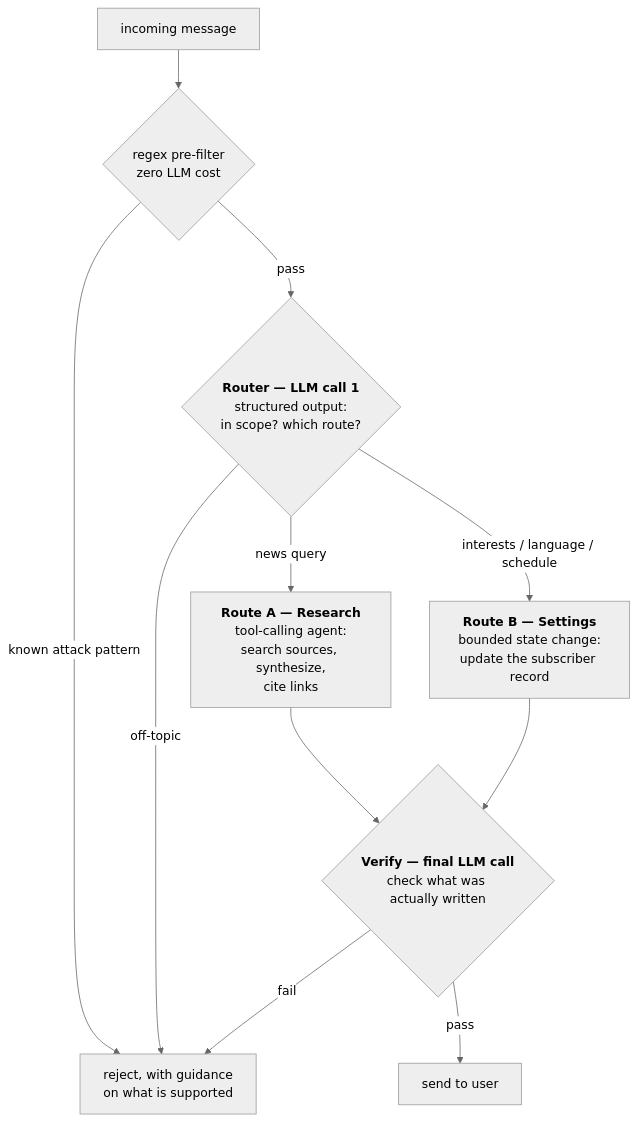
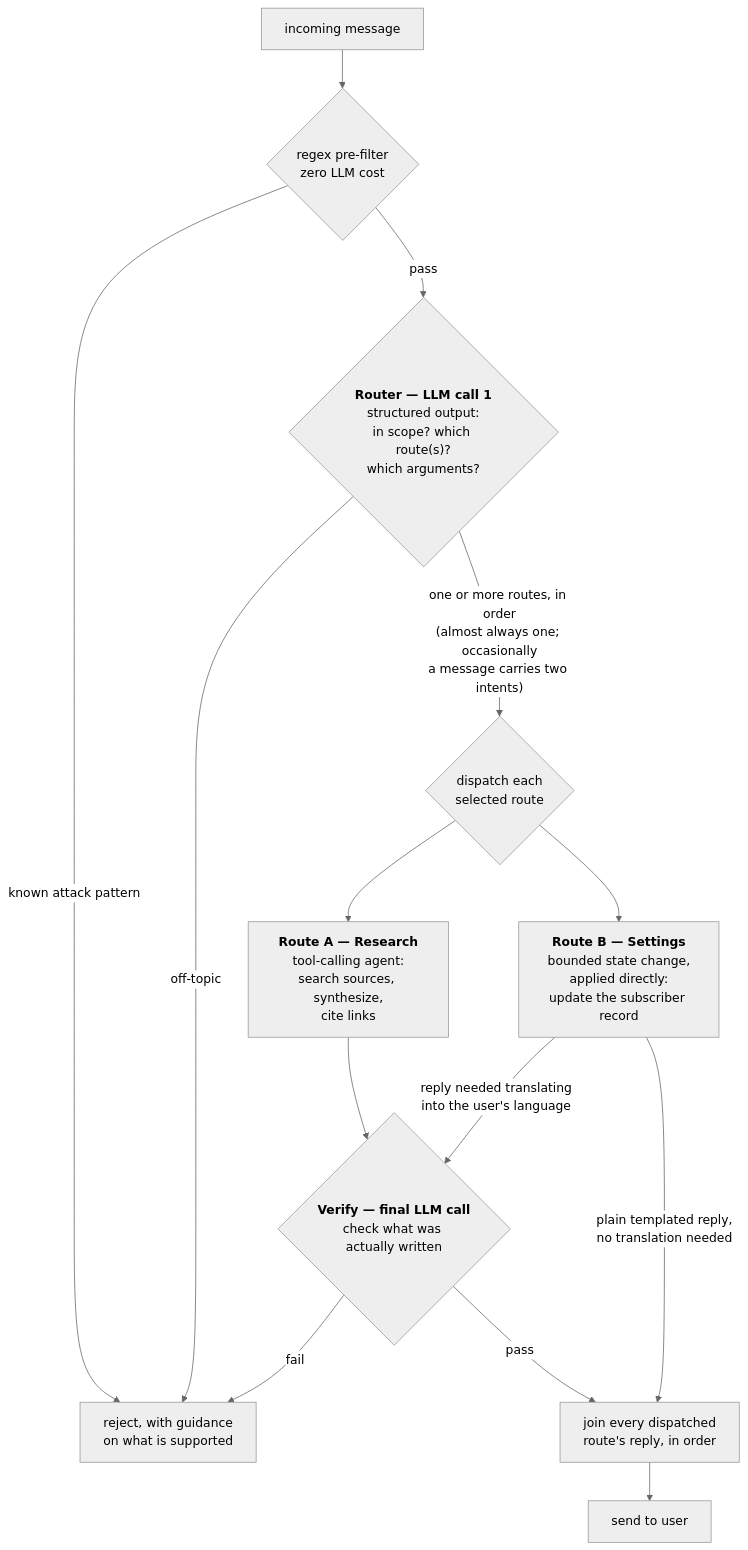
One commit to nankma/argus changed the fourth of 6 diagrams in docs/current/system-overview.md. Above: the diagram before and after it, drawn with Mermaid (neutral theme). The commit also changed other lines of this file, not shown here.

````diff
--- a/docs/current/system-overview.md
+++ b/docs/current/system-overview.md
@@ -264,15 +265,19 @@
 ```mermaid
 flowchart TB
     M["incoming message"] --> R{"regex pre-filter<br/>zero LLM cost"}
     R -->|known attack pattern| REJ["reject, with guidance<br/>on what is supported"]
-    R -->|pass| S1{"<b>Router — LLM call 1</b><br/>structured output:<br/>in scope? which route?"}
+    R -->|pass| S1{"<b>Router — LLM call 1</b><br/>structured output:<br/>in scope? which route(s)?<br/>which arguments?"}
 
     S1 -->|off-topic| REJ
-    S1 -->|news query| RA["<b>Route A — Research</b><br/>tool-calling agent:<br/>search sources, synthesize,<br/>cite links"]
-    S1 -->|"interests / language / schedule"| RB["<b>Route B — Settings</b><br/>bounded state change:<br/>update the subscriber record"]
+    S1 -->|"one or more routes, in order<br/>(almost always one; occasionally<br/>a message carries two intents)"| DISPATCH{"dispatch each<br/>selected route"}
+
+    DISPATCH --> RA["<b>Route A — Research</b><br/>tool-calling agent:<br/>search sources, synthesize,<br/>cite links"]
+    DISPATCH --> RB["<b>Route B — Settings</b><br/>bounded state change,<br/>applied directly:<br/>update the subscriber record"]
 
     RA --> V{"<b>Verify — final LLM call</b><br/>check what was actually written"}
-    RB --> V
+    RB -->|"reply needed translating<br/>into the user's language"| V
+    RB -->|"plain templated reply,<br/>no translation needed"| JOIN
     V -->|fail| REJ
-    V -->|pass| OUT["send to user"]
+    V -->|pass| JOIN["join every dispatched<br/>route's reply, in order"]
+    JOIN --> OUT["send to user"]
 ```
````
